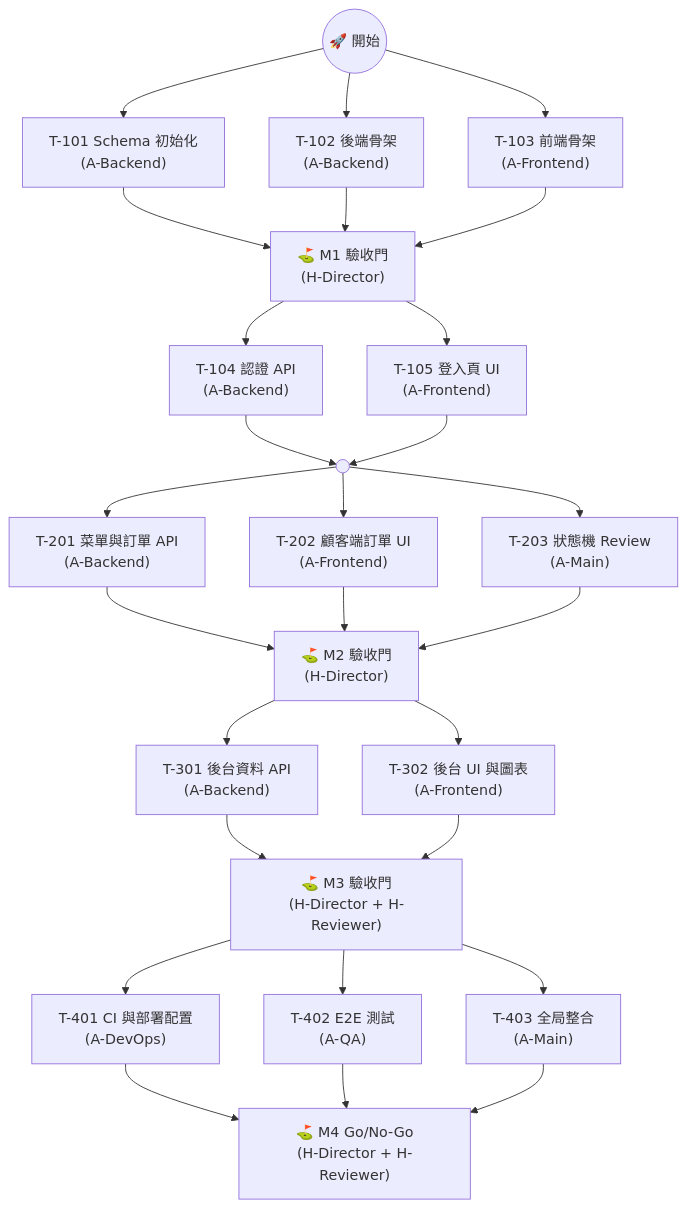
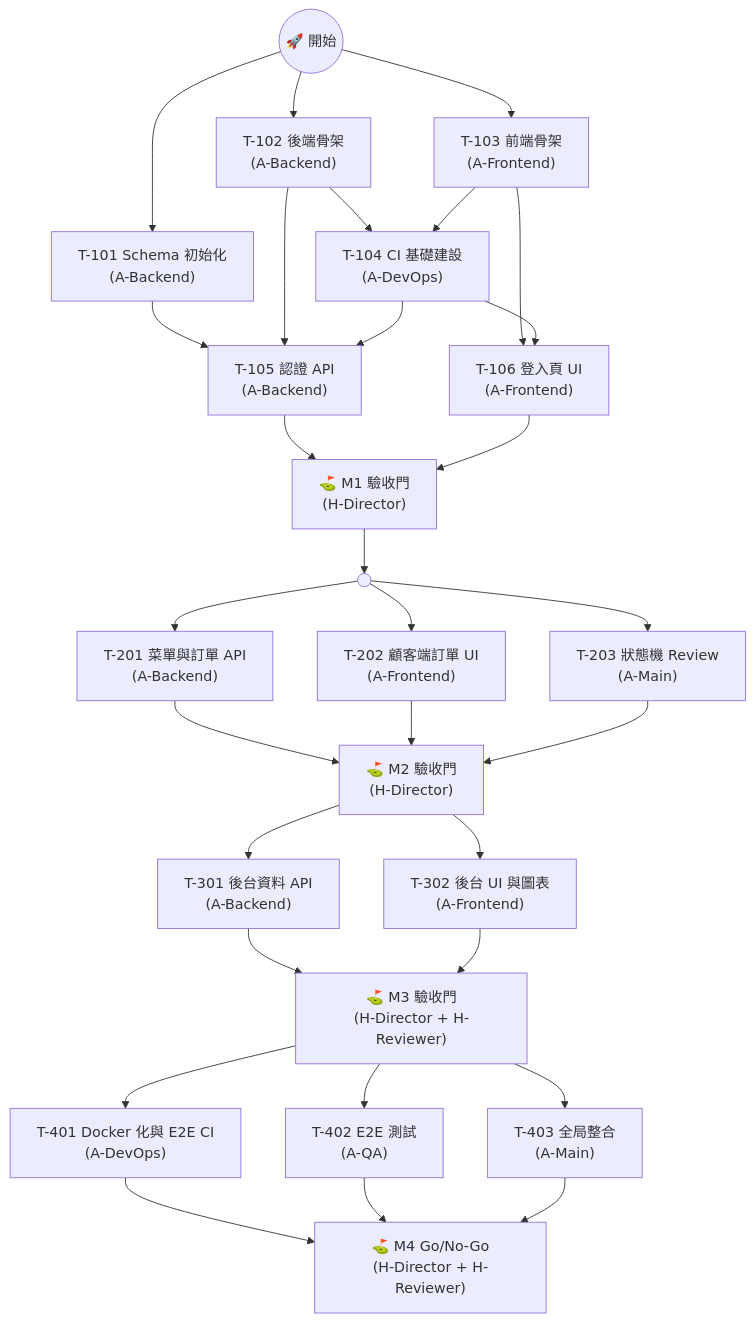
The third of 4 diagrams in .claude/skills/vibe-sdlc-p1-spec/examples/docs/02-Dev_Plan.md (robin-li/vibe-money-book), drawn with Mermaid before and after one commit. The commit also changed other lines of this file and 2 other files, not shown here.

First line of the commit message:
Fix Dev Plan gaps and align Vibe-SDLC skills with spec conventions

````diff
--- a/.claude/skills/vibe-sdlc-p1-spec/examples/docs/02-Dev_Plan.md
+++ b/.claude/skills/vibe-sdlc-p1-spec/examples/docs/02-Dev_Plan.md
@@ -367,40 +376,44 @@
 ```mermaid
 flowchart TB
     START(("🚀 開始")) --> T101 & T102 & T103
 
     T101["T-101 Schema 初始化<br/>(A-Backend)"]
     T102["T-102 後端骨架<br/>(A-Backend)"]
     T103["T-103 前端骨架<br/>(A-Frontend)"]
 
-    T101 & T102 & T103 --> M1G["⛳ M1 驗收門<br/>(H-Director)"]
+    T102 & T103 --> T104
+    T104["T-104 CI 基礎建設<br/>(A-DevOps)"]
 
-    M1G --> T104 & T105
+    T101 & T102 & T104 --> T105
+    T103 & T104 --> T106
 
-    T104["T-104 認證 API<br/>(A-Backend)"]
-    T105["T-105 登入頁 UI<br/>(A-Frontend)"]
+    T105["T-105 認證 API<br/>(A-Backend)"]
+    T106["T-106 登入頁 UI<br/>(A-Frontend)"]
 
-    T104 & T105 --> G3_FORK((" "))
+    T105 & T106 --> M1G["⛳ M1 驗收門<br/>(H-Director)"]
+
+    M1G --> G3_FORK((" "))
 
     G3_FORK --> T201 & T202 & T203
 
     T201["T-201 菜單與訂單 API<br/>(A-Backend)"]
     T202["T-202 顧客端訂單 UI<br/>(A-Frontend)"]
     T203["T-203 狀態機 Review<br/>(A-Main)"]
 
     T201 & T202 & T203 --> M2G["⛳ M2 驗收門<br/>(H-Director)"]
 
     M2G --> T301 & T302
 
     T301["T-301 後台資料 API<br/>(A-Backend)"]
     T302["T-302 後台 UI 與圖表<br/>(A-Frontend)"]
 
     T301 & T302 --> M3G["⛳ M3 驗收門<br/>(H-Director + H-Reviewer)"]
 
     M3G --> T401 & T402 & T403
 
-    T401["T-401 CI 與部署配置<br/>(A-DevOps)"]
+    T401["T-401 Docker 化與 E2E CI<br/>(A-DevOps)"]
     T402["T-402 E2E 測試<br/>(A-QA)"]
     T403["T-403 全局整合<br/>(A-Main)"]
 
     T401 & T402 & T403 --> M4G["⛳ M4 Go/No-Go<br/>(H-Director + H-Reviewer)"]
 ```
````
